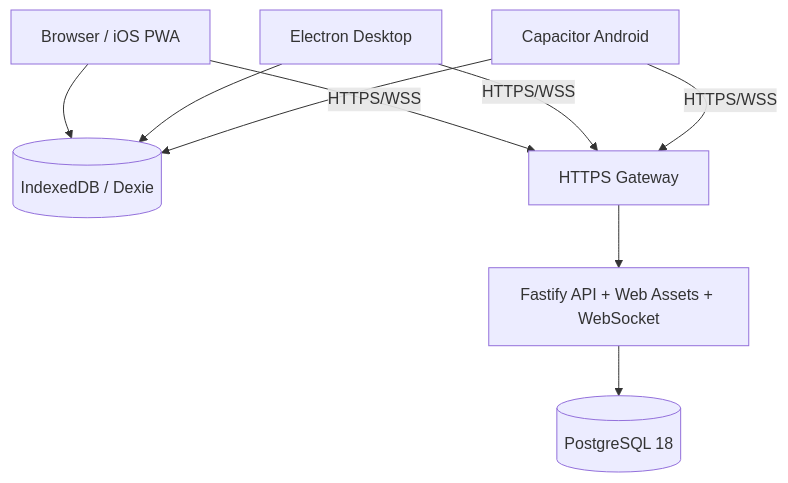
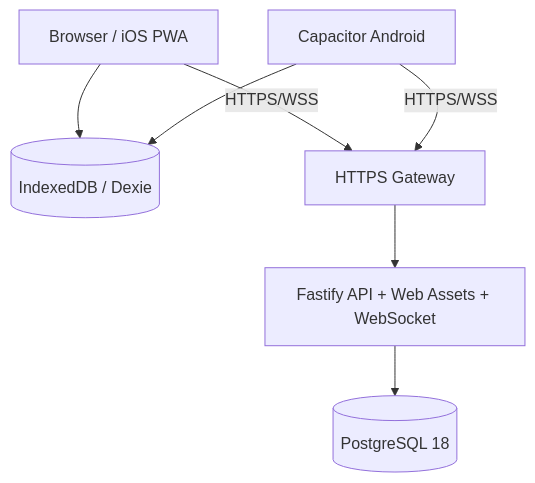
The second of 2 diagrams in DEVELOPMENT_PLAN.md (IGNGserver/taskdock), drawn with Mermaid before and after one commit. The commit also changed other lines of this file and 55 other files, not shown here.

First line of the commit message:
refactor: retire Electron desktop client

````diff
--- a/DEVELOPMENT_PLAN.md
+++ b/DEVELOPMENT_PLAN.md
@@ -378,19 +375,16 @@
 ```mermaid
 flowchart TD
     Browser[Browser / iOS PWA]
-    Desktop[Electron Desktop]
     Android[Capacitor Android]
     LocalDB[(IndexedDB / Dexie)]
     Gateway[HTTPS Gateway]
     App[Fastify API + Web Assets + WebSocket]
     PG[(PostgreSQL 18)]
 
     Browser --> LocalDB
-    Desktop --> LocalDB
     Android --> LocalDB
     Browser -->|HTTPS/WSS| Gateway
-    Desktop -->|HTTPS/WSS| Gateway
     Android -->|HTTPS/WSS| Gateway
     Gateway --> App
     App --> PG
 ```
````
